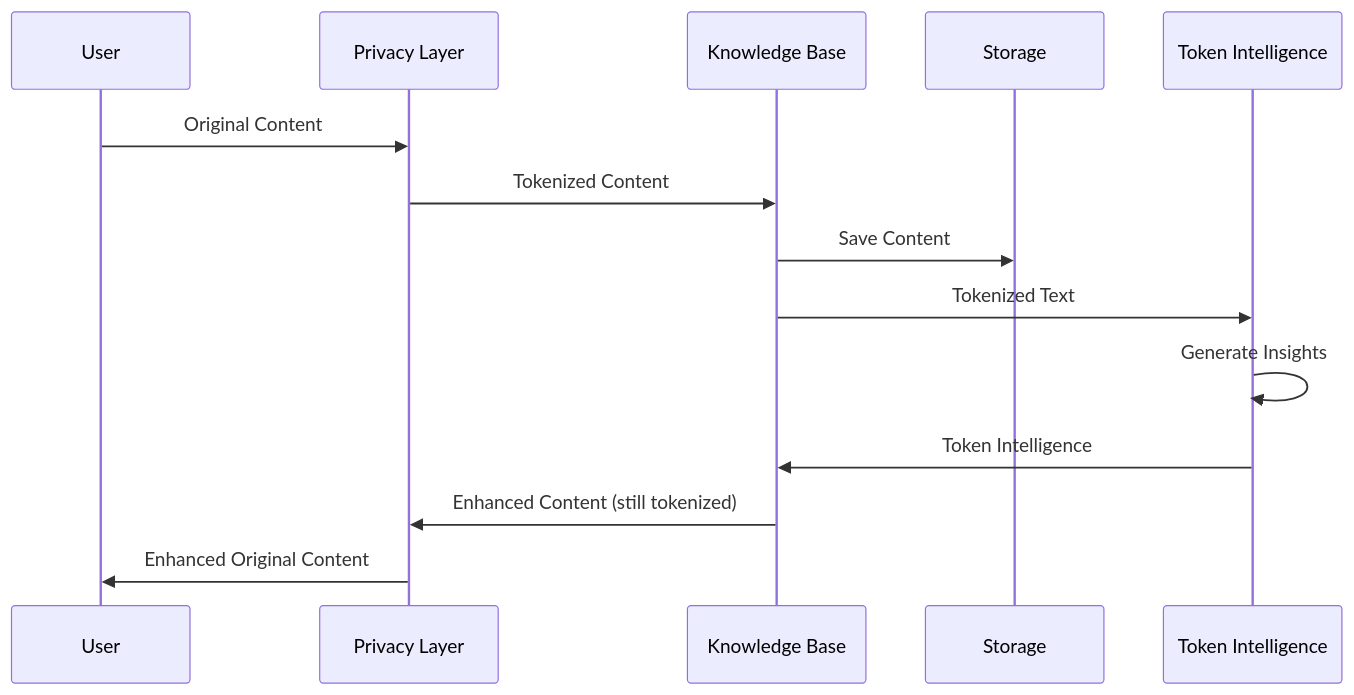
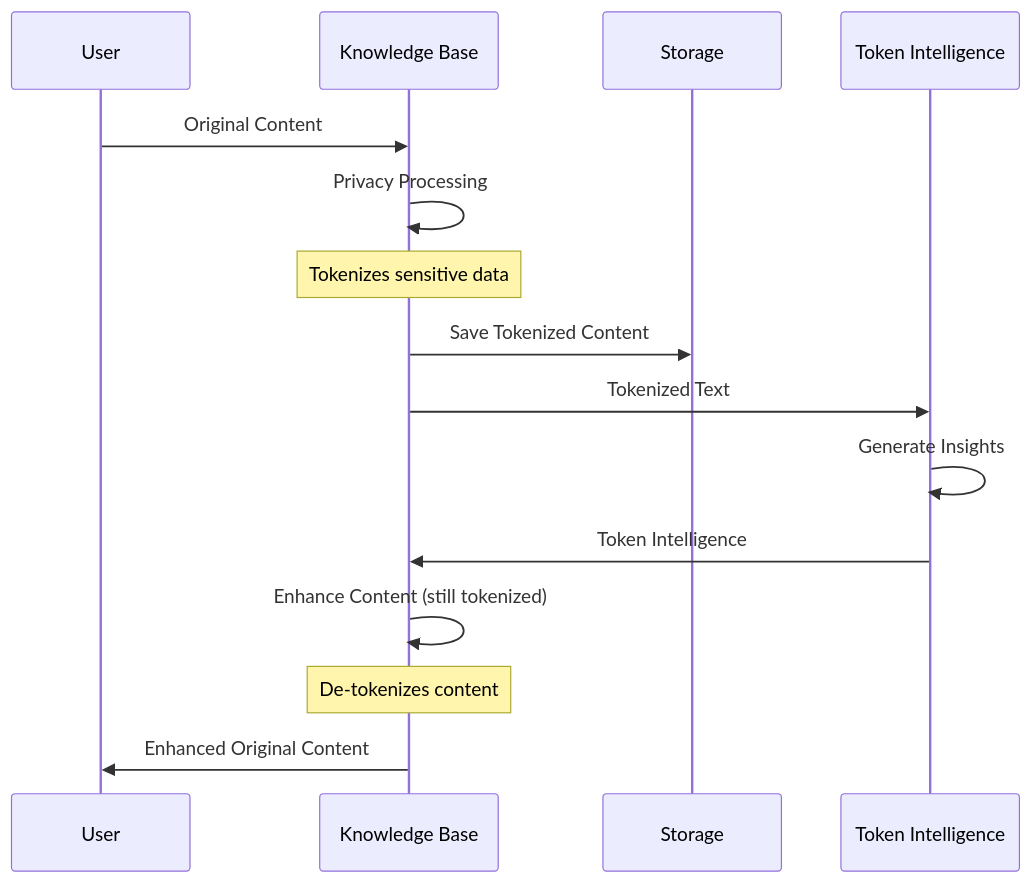
The diagram in docs/architecture_overview.md (taiscoding/knowledge-base-system), drawn with Mermaid before and after one commit. The commit also changed other lines of this file and 2 other files, not shown here.

Commit message:
Update documentation to reflect integrated privacy approach

````diff
--- a/docs/architecture_overview.md
+++ b/docs/architecture_overview.md
@@ -78,11 +62,13 @@
 ```mermaid
 sequenceDiagram
-    User->>Privacy Layer: Original Content
-    Privacy Layer->>Knowledge Base: Tokenized Content
-    Knowledge Base->>Storage: Save Content
+    User->>Knowledge Base: Original Content
+    Knowledge Base->>Knowledge Base: Privacy Processing
+    Note over Knowledge Base: Tokenizes sensitive data
+    Knowledge Base->>Storage: Save Tokenized Content
     Knowledge Base->>Token Intelligence: Tokenized Text
     Token Intelligence->>Token Intelligence: Generate Insights
     Token Intelligence->>Knowledge Base: Token Intelligence
-    Knowledge Base->>Privacy Layer: Enhanced Content (still tokenized)
-    Privacy Layer->>User: Enhanced Original Content
+    Knowledge Base->>Knowledge Base: Enhance Content (still tokenized)
+    Note over Knowledge Base: De-tokenizes content
+    Knowledge Base->>User: Enhanced Original Content
 ```
````
